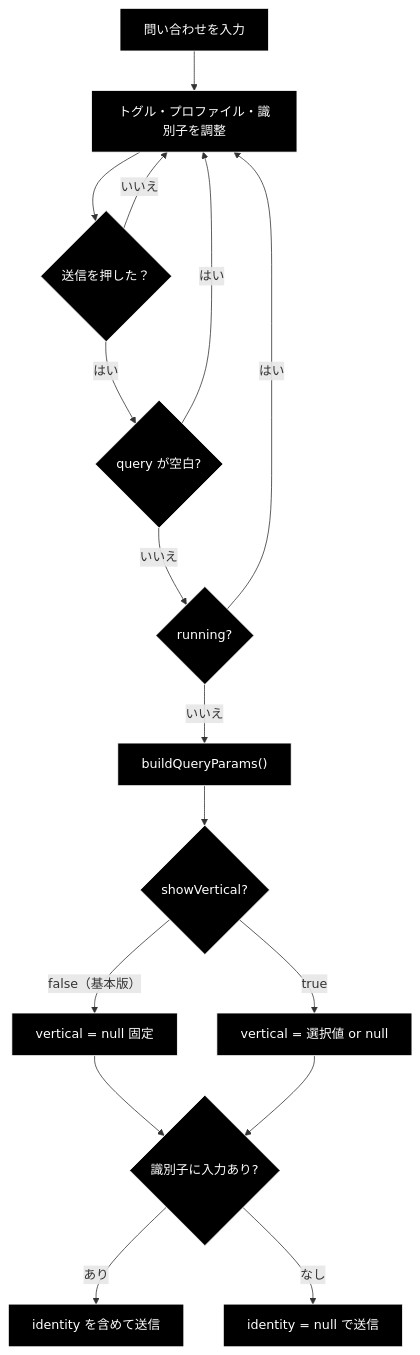
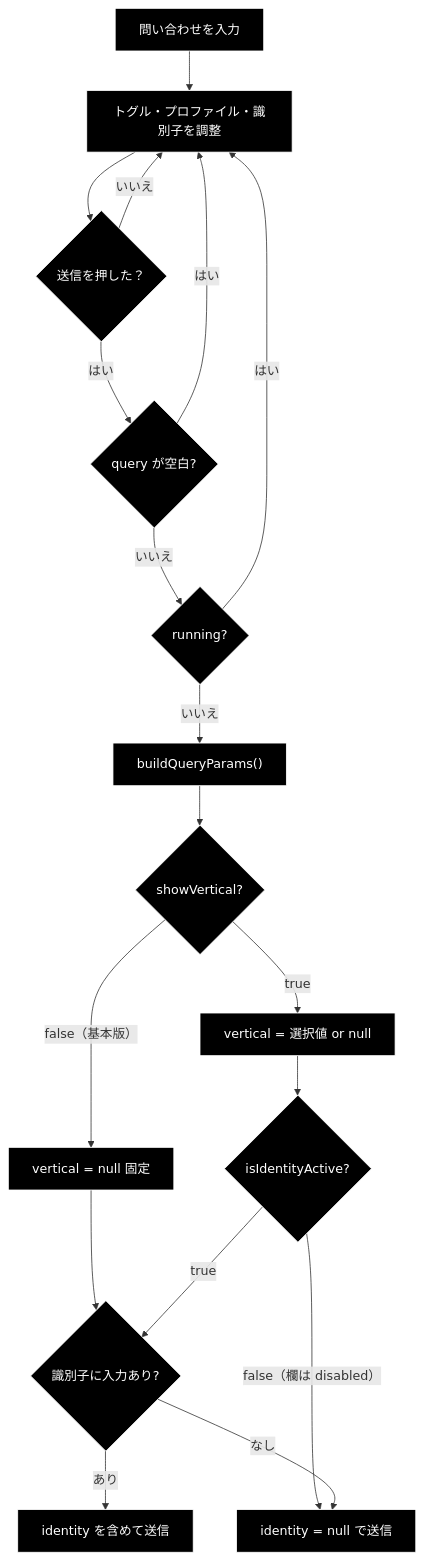
Before and after one commit to nakashima2toshio/grace_v2_local: the third of 3 diagrams in frontend/docs/QueryForm.md, drawn with Mermaid. The commit also changed other lines of this file and 4 other files, not shown here.

````diff
--- a/frontend/docs/QueryForm.md
+++ b/frontend/docs/QueryForm.md
@@ -276,20 +289,22 @@
 ```mermaid
 flowchart TB
     S["問い合わせを入力"] --> Opt["トグル・プロファイル・識別子を調整"]
     Opt --> Push{"送信を押した？"}
     Push -->|"いいえ"| Opt
     Push -->|"はい"| V{"query が空白?"}
     V -->|"はい"| Opt
     V -->|"いいえ"| R{"running?"}
     R -->|"はい"| Opt
     R -->|"いいえ"| Build["buildQueryParams()"]
     Build --> Vert{"showVertical?"}
     Vert -->|"false（基本版）"| Null["vertical = null 固定"]
     Vert -->|"true"| Sel["vertical = 選択値 or null"]
     Null --> Id
-    Sel --> Id{"識別子に入力あり?"}
+    Sel --> Act{"isIdentityActive?"}
+    Act -->|"false（欄は disabled）"| Send2
+    Act -->|"true"| Id{"識別子に入力あり?"}
     Id -->|"あり"| Send1["identity を含めて送信"]
     Id -->|"なし"| Send2["identity = null で送信"]
 classDef default fill:#000,stroke:#fff,color:#fff
-class S,Opt,Push,V,R,Build,Vert,Null,Sel,Id,Send1,Send2 default
+class S,Opt,Push,V,R,Build,Vert,Null,Sel,Act,Id,Send1,Send2 default
 ```
````
